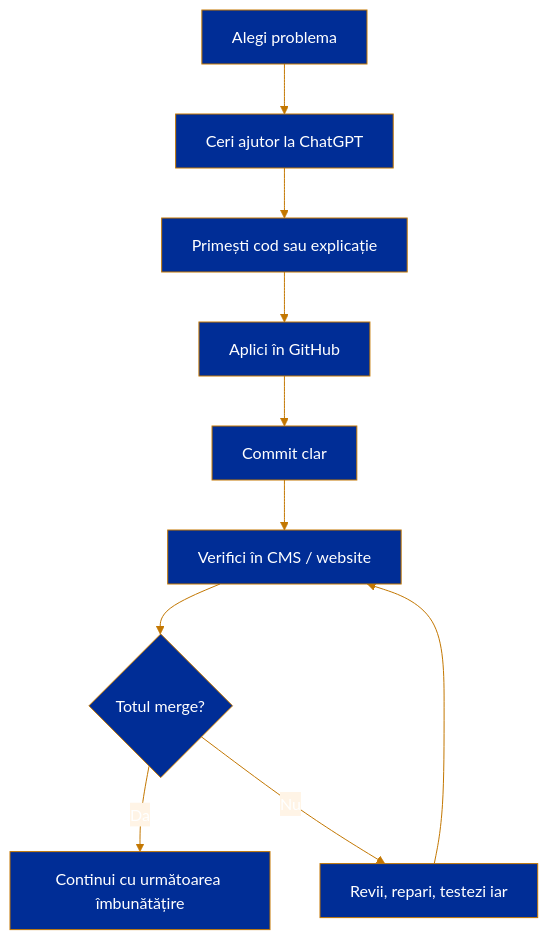
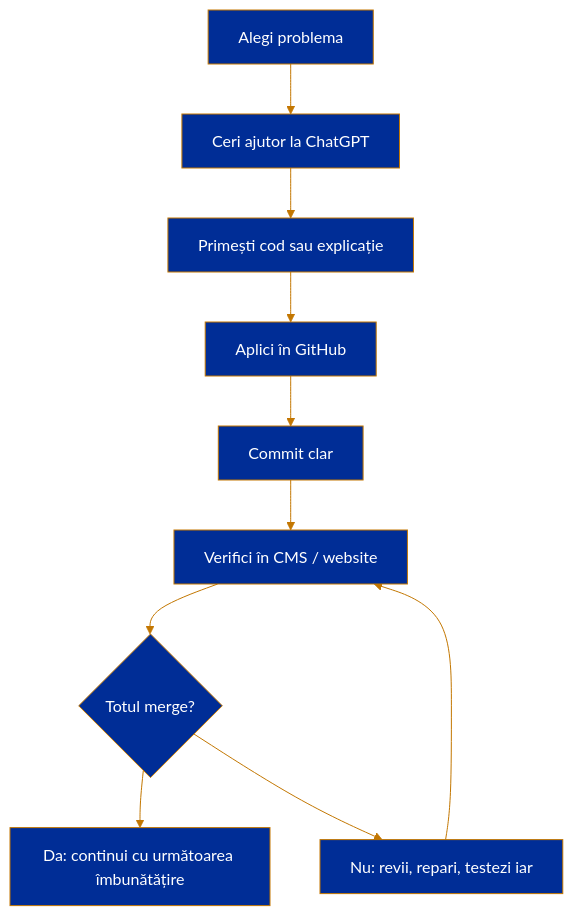
One commit to cristianexer/vanzarialba.ro changed the fifth of 5 diagrams in README.md. Above: the diagram before and after it, drawn with Mermaid. The commit also changed other lines of this file, not shown here.

Commit message:
Update flowchart labels for clarity

````diff
--- a/README.md
+++ b/README.md
@@ -859,13 +868,13 @@
 ```mermaid
 %%{init: {"theme": "base", "themeVariables": {"primaryColor": "#002d96", "primaryTextColor": "#ffffff", "primaryBorderColor": "#c37701", "lineColor": "#c37701", "secondaryColor": "#fff4e6", "tertiaryColor": "#ffffff", "fontFamily": "Arial"}}}%%
 flowchart TD
     A[Alegi problema] --> B[Ceri ajutor la ChatGPT]
     B --> C[Primești cod sau explicație]
     C --> D[Aplici în GitHub]
     D --> E[Commit clar]
     E --> F[Verifici în CMS / website]
     F --> G{Totul merge?}
-    G -- Da --> H[Continui cu următoarea îmbunătățire]
-    G -- Nu --> I[Revii, repari, testezi iar]
+    G --> H[Da: continui cu următoarea îmbunătățire]
+    G --> I[Nu: revii, repari, testezi iar]
     I --> F
 ```
````
